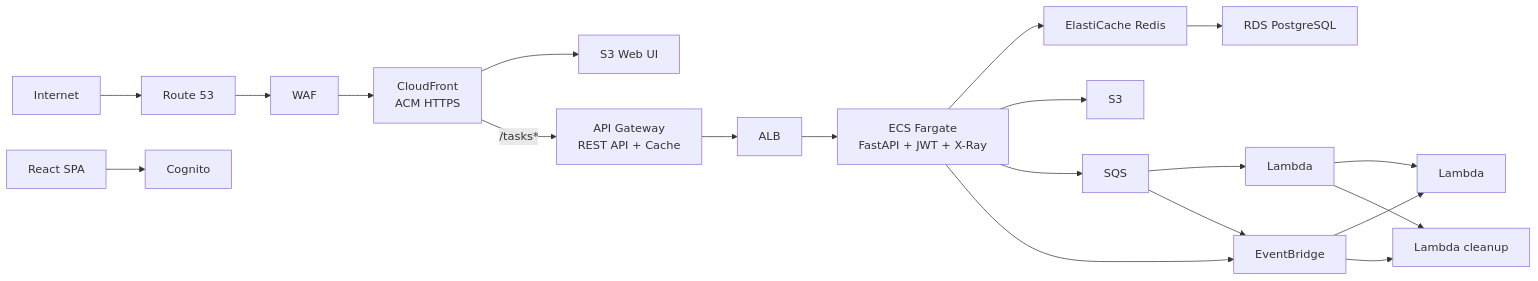
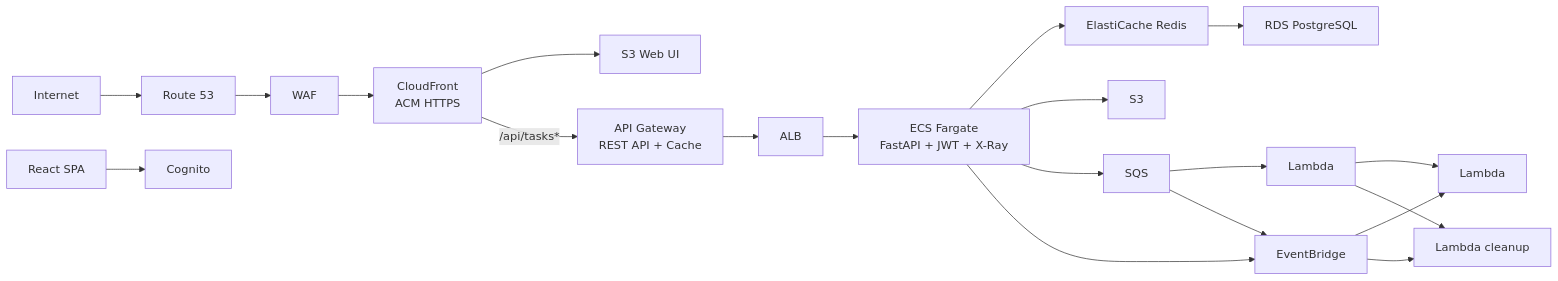
The diagram in CLAUDE.md (masumi82/sample_cicd), drawn with Mermaid before and after one commit. The commit also changed 3 other files, not shown here.

````diff
--- a/CLAUDE.md
+++ b/CLAUDE.md
@@ -44,10 +44,10 @@
 ```mermaid
 graph LR
     INET[Internet] --> R53[Route 53] --> WAF[WAF] --> CF[CloudFront<br>ACM HTTPS]
     CF --> S3_UI[S3 Web UI]
-    CF -->|"/tasks*"| APIGW[API Gateway<br>REST API + Cache] --> ALB[ALB] --> ECS[ECS Fargate<br>FastAPI + JWT + X-Ray]
+    CF -->|"/api/tasks*"| APIGW[API Gateway<br>REST API + Cache] --> ALB[ALB] --> ECS[ECS Fargate<br>FastAPI + JWT + X-Ray]
     ECS --> REDIS[ElastiCache Redis] --> RDS[RDS PostgreSQL]
     ECS --> S3[S3] & SQS[SQS] & EB[EventBridge]
     SQS --> L1[Lambda] & EB --> L2[Lambda] & L3[Lambda cleanup]
     SPA[React SPA] --> COGNITO[Cognito]
 ```
````
